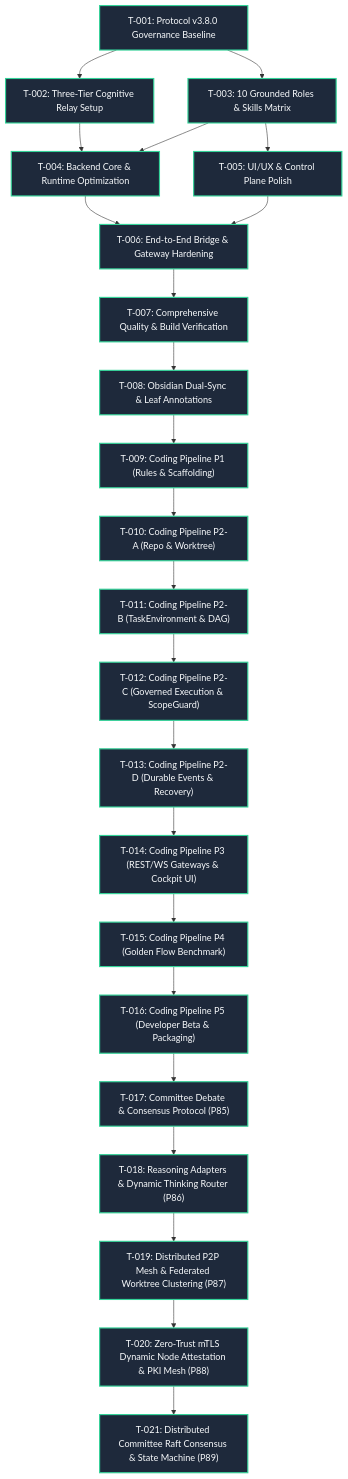
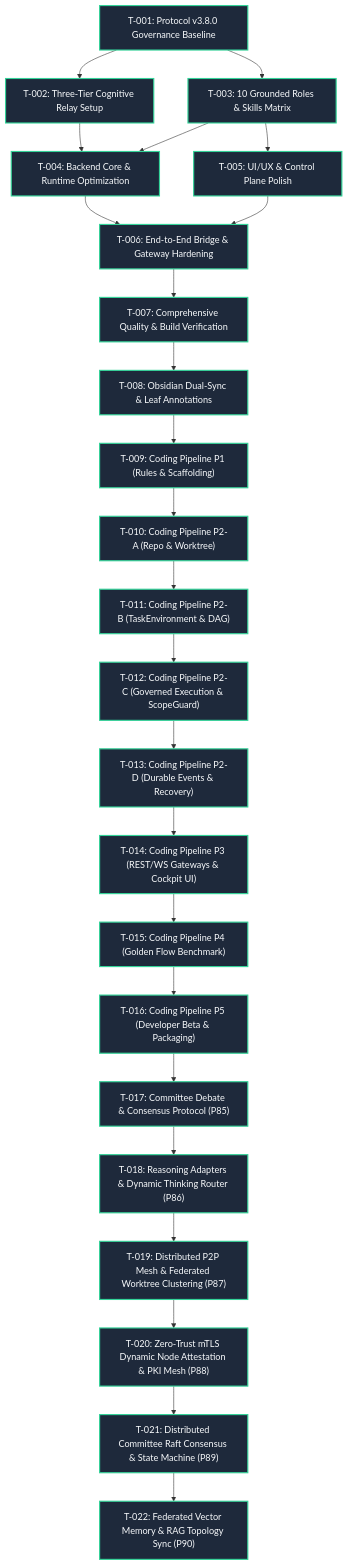
One commit to OPluke11-abula/LLM-Agent-System changed the diagram in docs/obsidian/05 Task Status & Multi-Agent Execution DAG.md. Above: the diagram before and after it, drawn with Mermaid. The commit also changed other lines of this file and 13 other files, not shown here.

Commit message:
feat(memory): implement federated vector memory and rag knowledge topology sync (p90) (#13)

````diff
--- a/docs/obsidian/05 Task Status & Multi-Agent Execution DAG.md
+++ b/docs/obsidian/05 Task Status & Multi-Agent Execution DAG.md
@@ -24,50 +24,52 @@
 ```mermaid
 graph TD
     classDef done fill:#1e293b,stroke:#34d399,stroke-width:2px,color:#f8fafc;
     classDef todo fill:#1e293b,stroke:#f59e0b,stroke-width:2px,color:#f8fafc;
 
     T01["T-001: Protocol v3.8.0 Governance Baseline"]:::done
     T02["T-002: Three-Tier Cognitive Relay Setup"]:::done
     T03["T-003: 10 Grounded Roles & Skills Matrix"]:::done
     T04["T-004: Backend Core & Runtime Optimization"]:::done
     T05["T-005: UI/UX & Control Plane Polish"]:::done
     T06["T-006: End-to-End Bridge & Gateway Hardening"]:::done
     T07["T-007: Comprehensive Quality & Build Verification"]:::done
     T08["T-008: Obsidian Dual-Sync & Leaf Annotations"]:::done
     T09["T-009: Coding Pipeline P1 (Rules & Scaffolding)"]:::done
     T10["T-010: Coding Pipeline P2-A (Repo & Worktree)"]:::done
     T11["T-011: Coding Pipeline P2-B (TaskEnvironment & DAG)"]:::done
     T12["T-012: Coding Pipeline P2-C (Governed Execution & ScopeGuard)"]:::done
     T13["T-013: Coding Pipeline P2-D (Durable Events & Recovery)"]:::done
     T14["T-014: Coding Pipeline P3 (REST/WS Gateways & Cockpit UI)"]:::done
     T15["T-015: Coding Pipeline P4 (Golden Flow Benchmark)"]:::done
     T16["T-016: Coding Pipeline P5 (Developer Beta & Packaging)"]:::done
     T17["T-017: Committee Debate & Consensus Protocol (P85)"]:::done
     T18["T-018: Reasoning Adapters & Dynamic Thinking Router (P86)"]:::done
     T19["T-019: Distributed P2P Mesh & Federated Worktree Clustering (P87)"]:::done
     T20["T-020: Zero-Trust mTLS Dynamic Node Attestation & PKI Mesh (P88)"]:::done
     T21["T-021: Distributed Committee Raft Consensus & State Machine (P89)"]:::done
+    T22["T-022: Federated Vector Memory & RAG Topology Sync (P90)"]:::done
 
     T01 --> T02
     T01 --> T03
     T02 --> T04
     T03 --> T04
     T03 --> T05
     T04 --> T06
     T05 --> T06
     T06 --> T07
     T07 --> T08
     T08 --> T09
     T09 --> T10
     T10 --> T11
     T11 --> T12
     T12 --> T13
     T13 --> T14
     T14 --> T15
     T15 --> T16
     T16 --> T17
     T17 --> T18
     T18 --> T19
     T19 --> T20
     T20 --> T21
+    T21 --> T22
 ```
````
